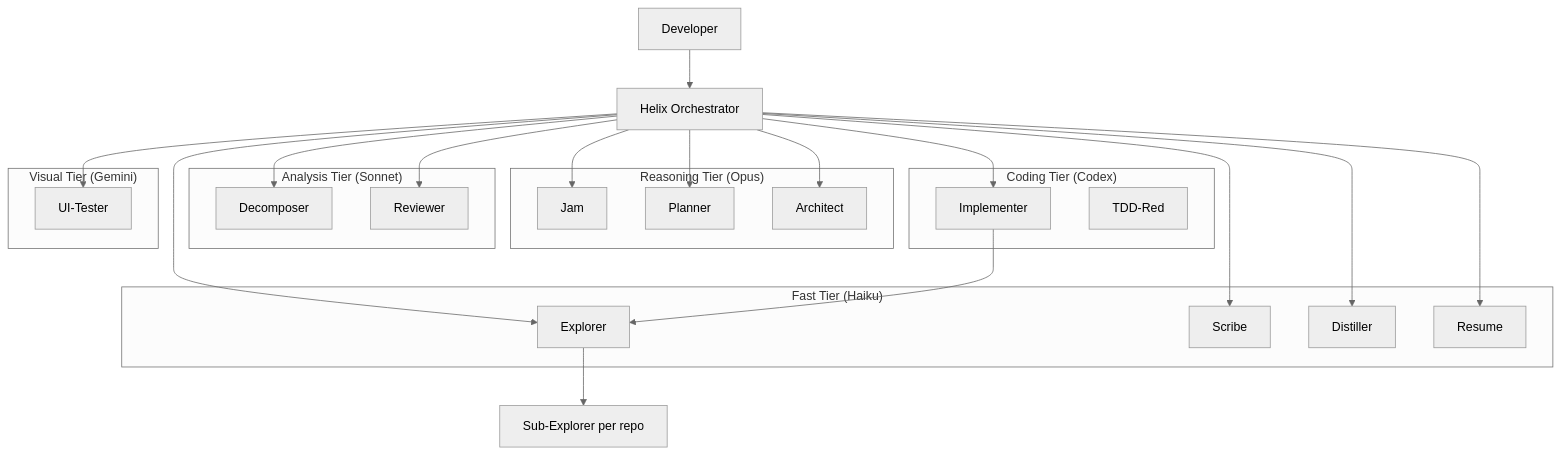
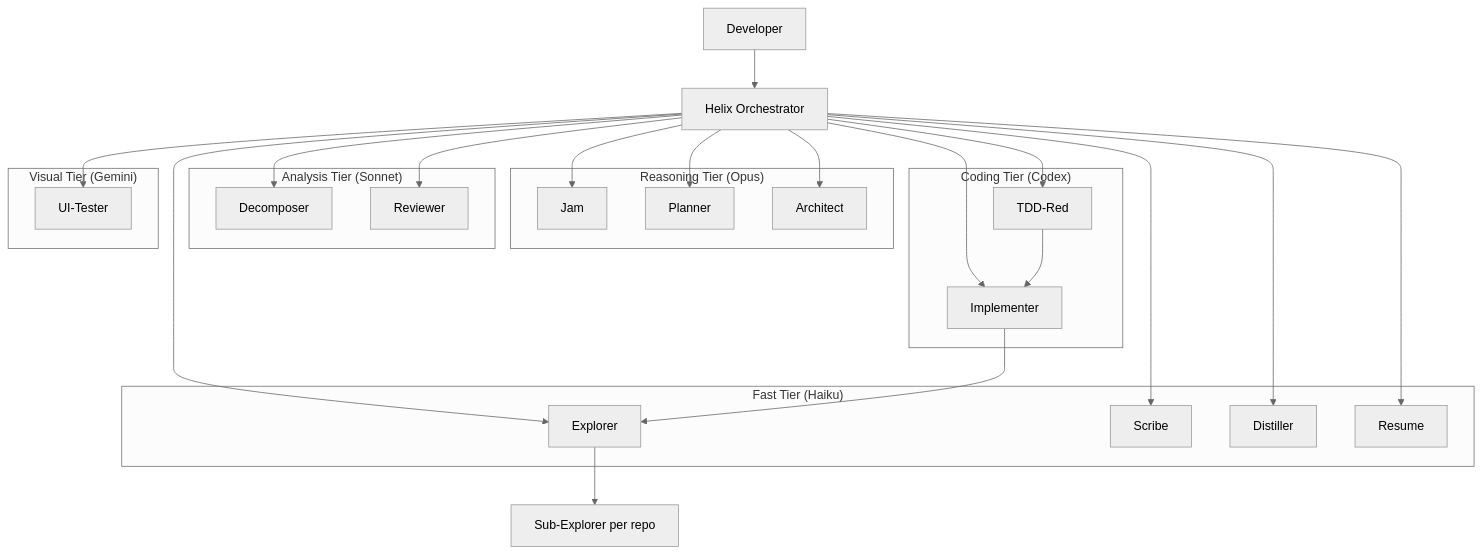
The first of 2 diagrams in AGENTS.md (HariharanS/helix), drawn with Mermaid (neutral theme) before and after one commit. The commit also changed other lines of this file and 3 other files, not shown here.

````diff
--- a/AGENTS.md
+++ b/AGENTS.md
@@ -11,37 +11,38 @@
 ```mermaid
 graph TD
     Human[Developer] --> Helix[Helix Orchestrator]
 
     subgraph "Reasoning Tier (Opus)"
         Jam[Jam]
         Planner[Planner]
         Architect[Architect]
     end
 
     subgraph "Analysis Tier (Sonnet)"
         Decomposer[Decomposer]
         Reviewer[Reviewer]
     end
 
     subgraph "Coding Tier (Codex)"
         Implementer[Implementer]
         TDDRed[TDD-Red]
     end
 
     subgraph "Fast Tier (Haiku)"
         Explorer[Explorer]
         Scribe[Scribe]
         Distiller[Distiller]
         Resume[Resume]
     end
 
     subgraph "Visual Tier (Gemini)"
         UITester[UI-Tester]
     end
 
     Helix --> Jam & Planner & Architect & Decomposer
-    Helix --> Explorer & Implementer & Reviewer
+    Helix --> Explorer & TDDRed & Implementer & Reviewer
     Helix --> Scribe & Distiller & Resume & UITester
     Explorer --> SubExplorer[Sub-Explorer per repo]
+    TDDRed --> Implementer
     Implementer --> Explorer
 ```
````
